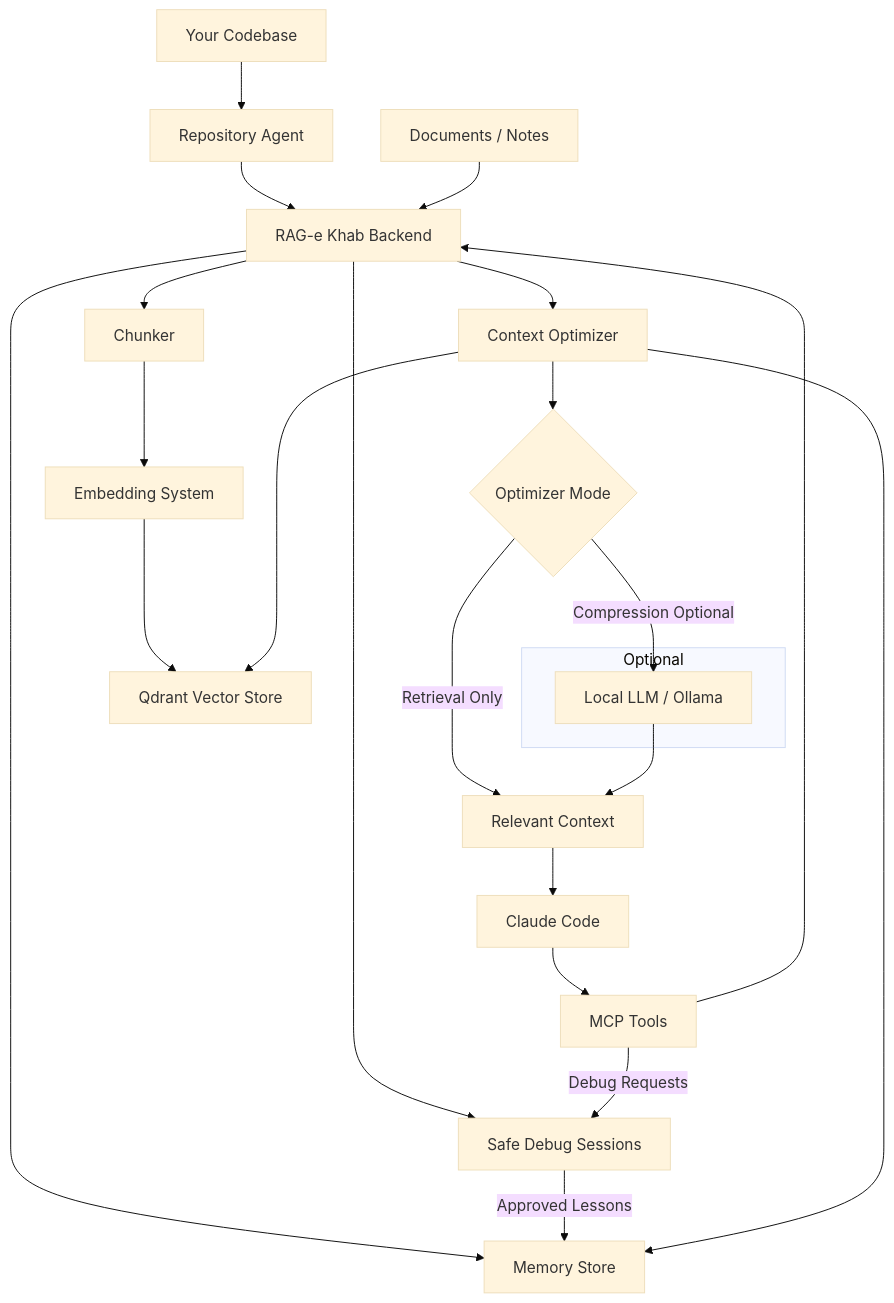
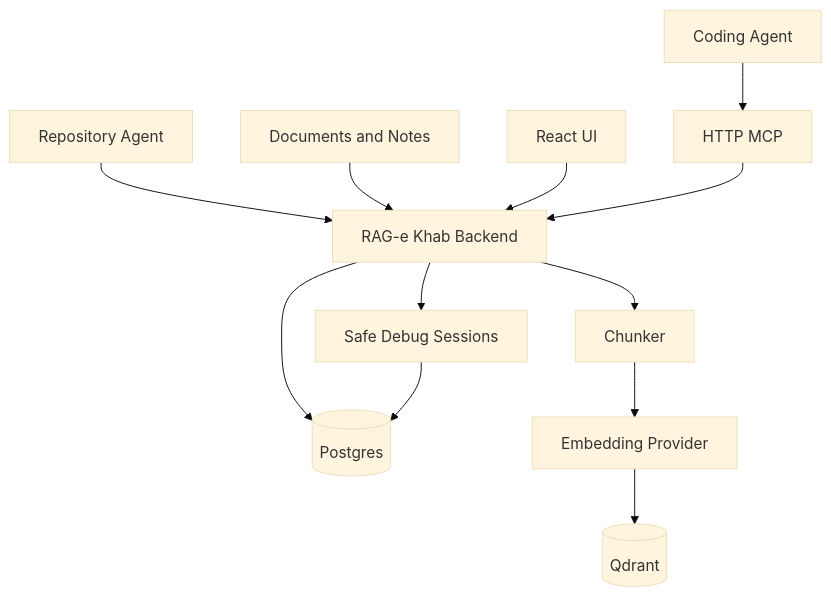
The diagram in README.md (hadiranjbar25/rag-e-khab), drawn with Mermaid (base theme) before and after one commit. The commit also changed other lines of this file and 18 other files, not shown here.

````diff
--- a/README.md
+++ b/README.md
@@ -7,37 +27,15 @@
 ```mermaid
 flowchart TD
-    A[Your Codebase] --> B[Repository Agent]
-    B --> C[RAG-e Khab Backend]
+    Repo[Repository Agent] --> Backend[RAG-e Khab Backend]
+    Docs[Documents and Notes] --> Backend
+    UI[React UI] --> Backend
+    Agent[Coding Agent] --> MCP[HTTP MCP]
+    MCP --> Backend
 
-    D[Documents / Notes] --> C
-
-    C --> E[Chunker]
-    E --> F[Embedding System]
-    F --> G[Qdrant Vector Store]
-
-    C --> H[Memory Store]
-    C --> S[Safe Debug Sessions]
-
-    I[Claude Code] --> J[MCP Tools]
-    J --> C
-    J -->|Debug Requests| S
-    S -->|Approved Lessons| H
-
-    C --> K[Context Optimizer]
-
-    K --> H
-    K --> G
-
-    K --> L{Optimizer Mode}
-
-    L -->|Retrieval Only| M[Relevant Context]
-    L -->|Compression Optional| N[Local LLM / Ollama]
-    N --> M
-
-    M --> I
-
-    subgraph Optional
-        N
-    end
-
+    Backend --> Store[(Postgres)]
+    Backend --> Chunker[Chunker]
+    Chunker --> Embedding[Embedding Provider]
+    Embedding --> Qdrant[(Qdrant)]
+    Backend --> Debug[Safe Debug Sessions]
+    Debug --> Store
 ```
````
